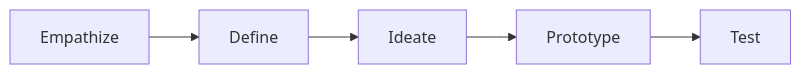
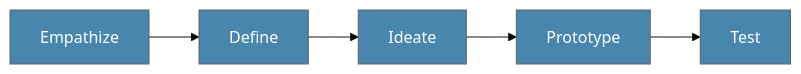
One commit to Standards-and-Practices/Structured-Rapid-Development changed the diagram in experiences/design/DesignThinking.md. Above: the diagram before and after it, drawn with Mermaid.

Commit message:
Fix colors in mermaid theme.

````diff
--- a/experiences/design/DesignThinking.md
+++ b/experiences/design/DesignThinking.md
@@ -7,8 +7,8 @@
 ```mermaid
-  %%{init: {'theme': 'base','themeVariables': {'primaryColor': '#4986ad','primaryTextColor': '#ffffff',}}}%%
+%%{init: {'theme': 'base', 'themeVariables': { 'primaryColor': '#4986ad', 'primaryTextColor':'#ffffff'}}}%%
   flowchart LR;
       Empathize-->Define;
       Define-->Ideate;
       Ideate-->Prototype;
       Prototype-->Test;
 ```
````
